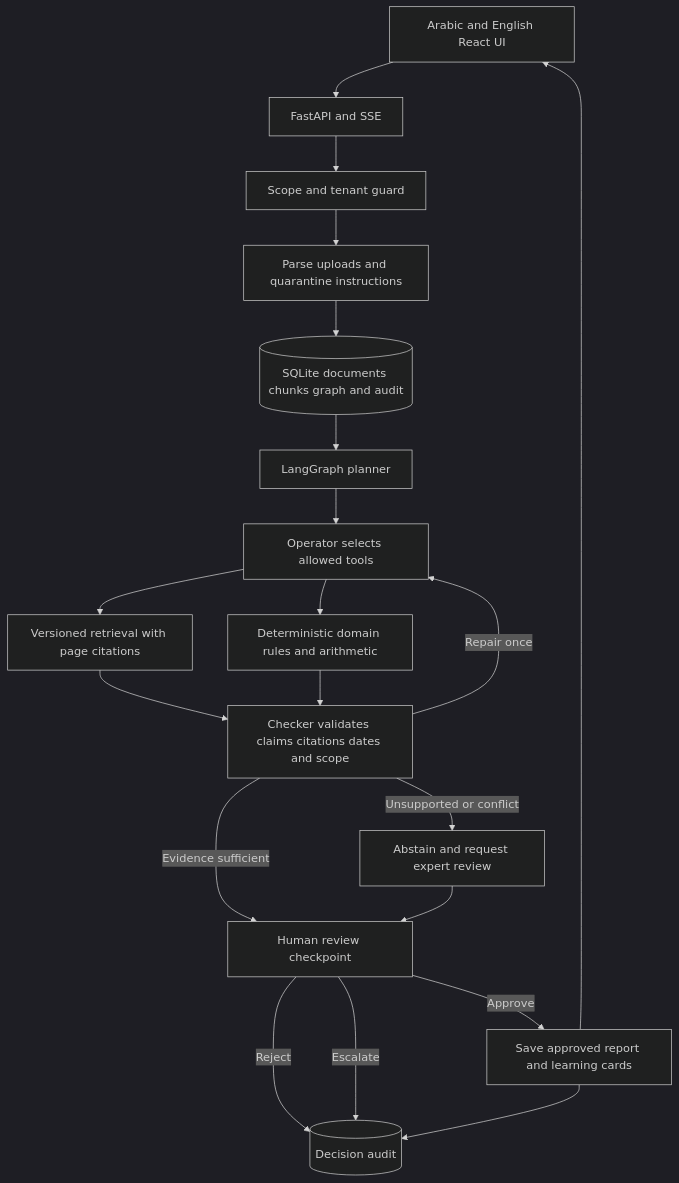
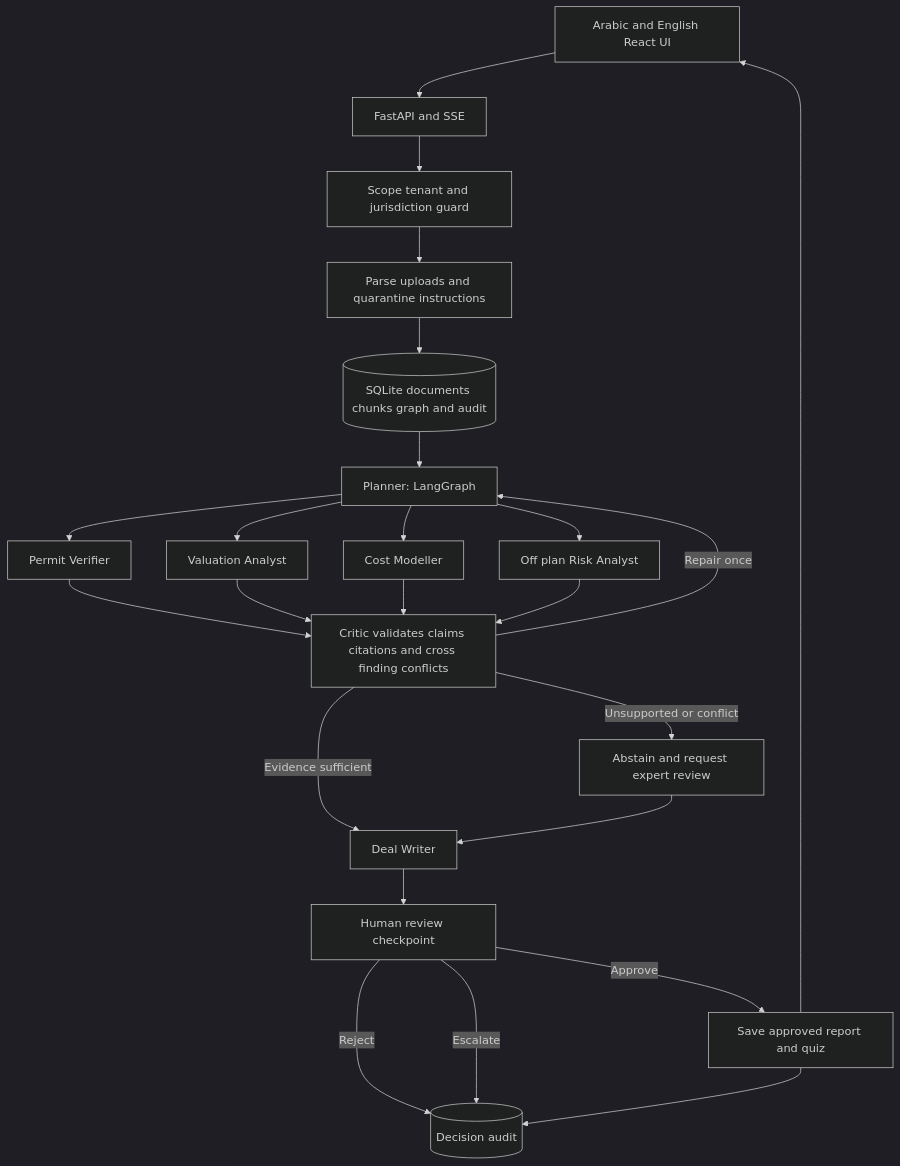
Before and after one commit to appscluster/UAE-RealEstate-Agent: the second of 2 diagrams in README.md, drawn with Mermaid (dark theme). The commit also changed other lines of this file, not shown here.

Commit message:
Redesign brief around a multi agent team with Critic and Validator loops

````diff
--- a/README.md
+++ b/README.md
@@ -66,22 +127,26 @@
 ```mermaid
 flowchart TD
     UI[Arabic and English React UI] --> API[FastAPI and SSE]
-    API --> Guard[Scope and tenant guard]
+    API --> Guard[Scope tenant and jurisdiction guard]
     Guard --> Ingest[Parse uploads and quarantine instructions]
     Ingest --> Store[(SQLite documents chunks graph and audit)]
-    Store --> Plan[LangGraph planner]
-    Plan --> Operator[Operator selects allowed tools]
-    Operator --> Retrieve[Versioned retrieval with page citations]
-    Operator --> Rules[Deterministic domain rules and arithmetic]
-    Retrieve --> Check[Checker validates claims citations dates and scope]
-    Rules --> Check
-    Check -->|Unsupported or conflict| Escalate[Abstain and request expert review]
-    Check -->|Repair once| Operator
-    Check -->|Evidence sufficient| Human[Human review checkpoint]
-    Escalate --> Human
-    Human -->|Approve| Report[Save approved report and learning cards]
+    Store --> Plan[Planner: LangGraph]
+    Plan --> PV[Permit Verifier]
+    Plan --> VA[Valuation Analyst]
+    Plan --> CM[Cost Modeller]
+    Plan --> OR[Off plan Risk Analyst]
+    PV --> Critic[Critic validates claims citations and cross finding conflicts]
+    VA --> Critic
+    CM --> Critic
+    OR --> Critic
+    Critic -->|Repair once| Plan
+    Critic -->|Unsupported or conflict| Escalate[Abstain and request expert review]
+    Critic -->|Evidence sufficient| DW[Deal Writer]
+    Escalate --> DW
+    DW --> Human[Human review checkpoint]
+    Human -->|Approve| Report[Save approved report and quiz]
     Human -->|Reject| Audit[(Decision audit)]
     Human -->|Escalate| Audit
     Report --> Audit
     Report --> UI
 ```
````
